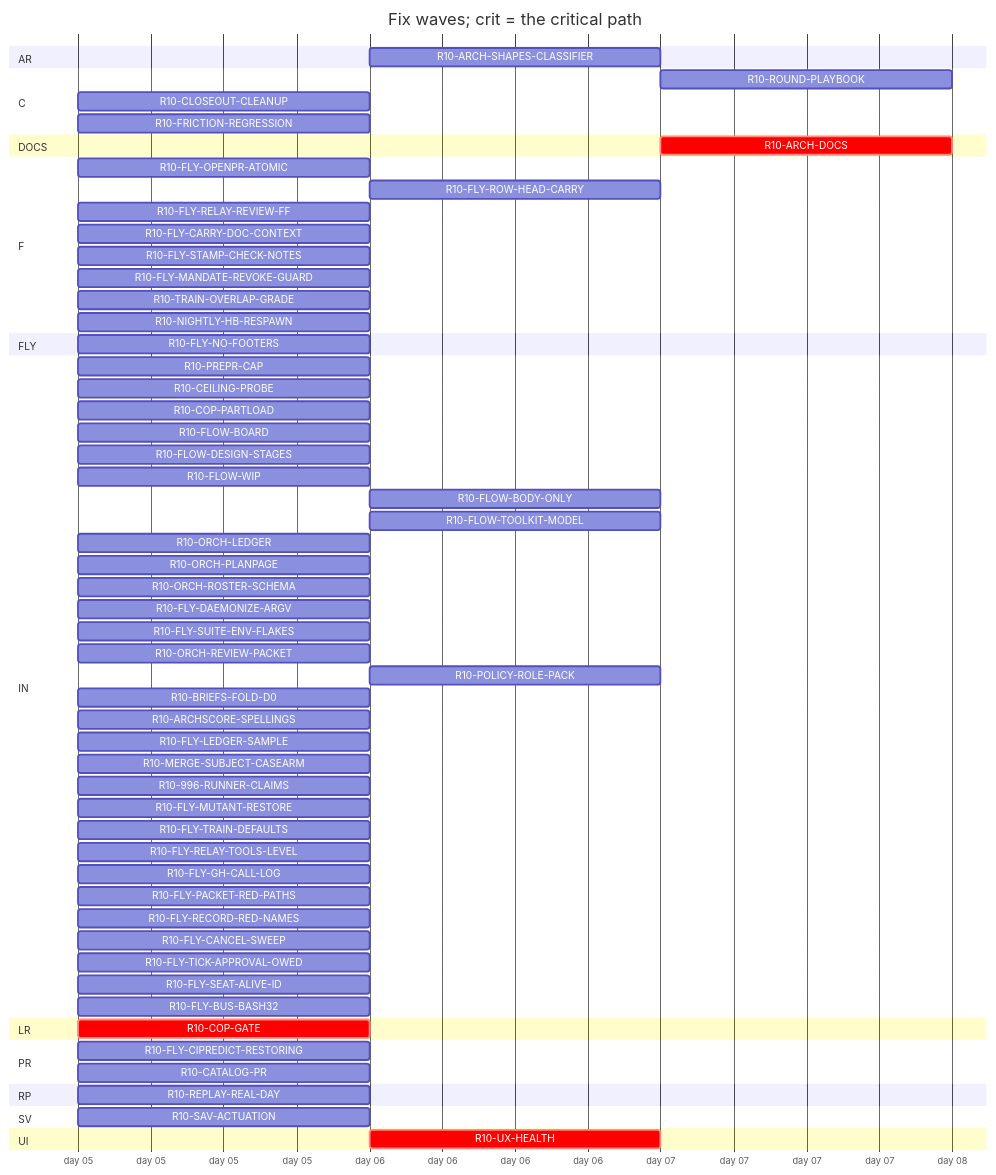
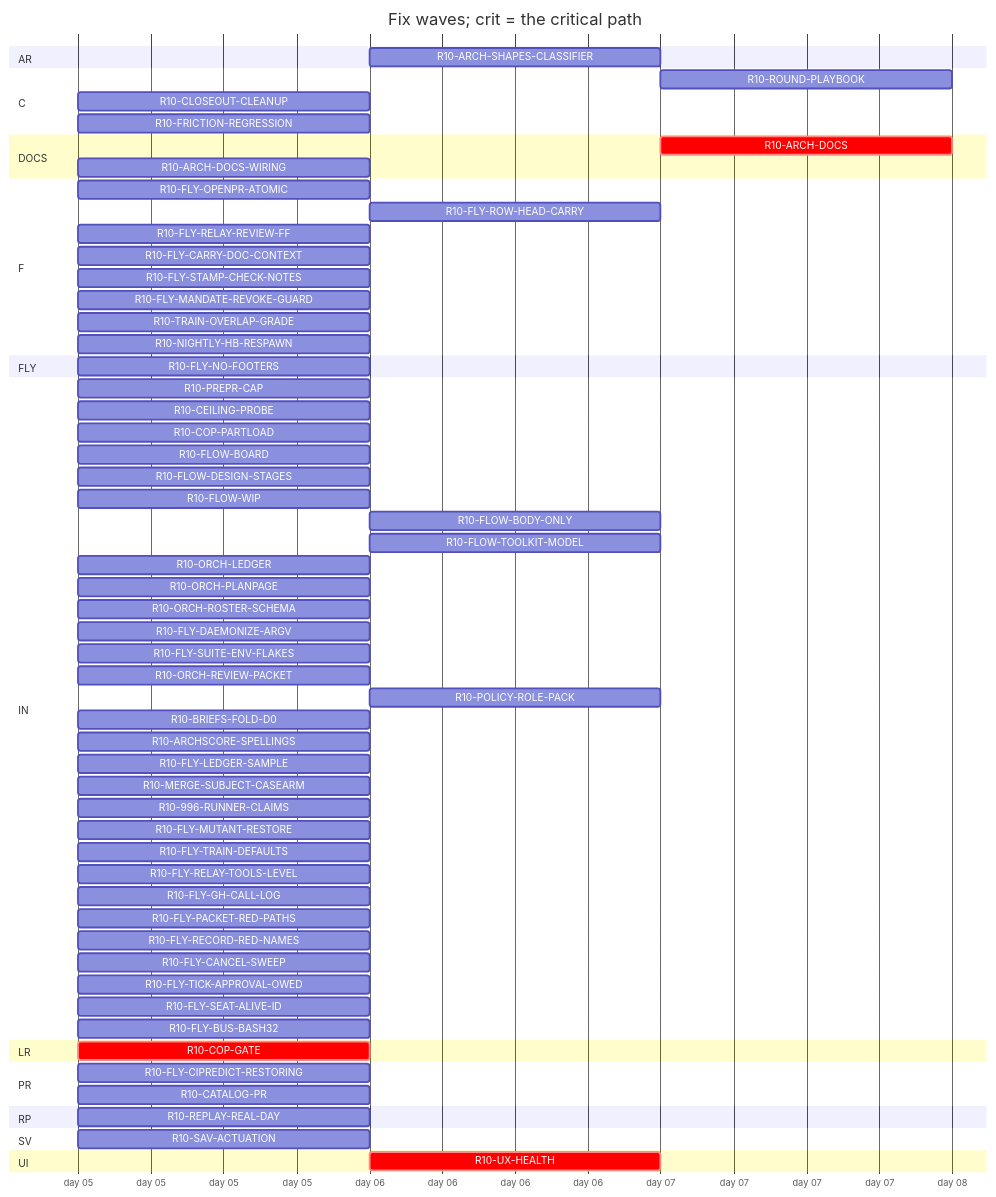
The diagram in handoff/round10/state/PLAN-TABLE.md (tvofi/heatpump_optimizer), drawn with Mermaid before and after one commit. The commit also changed other lines of this file and 3 other files, not shown here.

Commit message:
state: FLOW-BOARD.md, NEXT-SESSION-PROMPT.md, PLAN-TABLE.md, RESUME-CURRENT.md regenerated (state_docs.py)

````diff
--- a/handoff/round10/state/PLAN-TABLE.md
+++ b/handoff/round10/state/PLAN-TABLE.md
@@ -24,67 +24,68 @@
 ```mermaid
 gantt
   title Fix waves; crit = the critical path
   dateFormat YYYY-MM-DD
   axisFormat day %d
   section AR
     R10-ARCH-SHAPES-CLASSIFIER :r10ARCHSHAPESCLASSIFIER, after r10996RUNNERCLAIMS, 1d
   section C
     R10-ROUND-PLAYBOOK :r10ROUNDPLAYBOOK, after r10ORCHLEDGER r10ORCHPLANPAGE r10FLYRELAYREVIEWFF r10FLOWBODYONLY, 1d
     R10-CLOSEOUT-CLEANUP :r10CLOSEOUTCLEANUP, 2026-01-05, 1d
     R10-FRICTION-REGRESSION :r10FRICTIONREGRESSION, 2026-01-05, 1d
   section DOCS
     R10-ARCH-DOCS :crit, r10ARCHDOCS, after r10COPGATE r10UXHEALTH r10CEILINGPROBE r10COPPARTLOAD r10FLOWBOARD r10FLOWDESIGNSTAGES r10FLOWWIP r10FLOWBODYONLY r10FLYOPENPRATOMIC r10FLYROWHEADCARRY r10FLYRELAYREVIEWFF r10FLYCARRYDOCCONTEXT r10FLOWTOOLKITMODEL r10FLYSTAMPCHECKNOTES r10FLYMANDATEREVOKEGUARD r10TRAINOVERLAPGRADE r10NIGHTLYHBRESPAWN r10ORCHLEDGER r10ORCHPLANPAGE r10ORCHROSTERSCHEMA r10FLYDAEMONIZEARGV r10ORCHREVIEWPACKET r10POLICYROLEPACK r10BRIEFSFOLDD0 r10REPLAYREALDAY r10ARCHSCORESPELLINGS r10SAVACTUATION r10FLYLEDGERSAMPLE, 1d
+    R10-ARCH-DOCS-WIRING :r10ARCHDOCSWIRING, 2026-01-05, 1d
   section F
     R10-FLY-OPENPR-ATOMIC :r10FLYOPENPRATOMIC, 2026-01-05, 1d
     R10-FLY-ROW-HEAD-CARRY :r10FLYROWHEADCARRY, after r10FLYOPENPRATOMIC, 1d
     R10-FLY-RELAY-REVIEW-FF :r10FLYRELAYREVIEWFF, 2026-01-05, 1d
     R10-FLY-CARRY-DOC-CONTEXT :r10FLYCARRYDOCCONTEXT, 2026-01-05, 1d
     R10-FLY-STAMP-CHECK-NOTES :r10FLYSTAMPCHECKNOTES, 2026-01-05, 1d
     R10-FLY-MANDATE-REVOKE-GUARD :r10FLYMANDATEREVOKEGUARD, 2026-01-05, 1d
     R10-TRAIN-OVERLAP-GRADE :r10TRAINOVERLAPGRADE, 2026-01-05, 1d
     R10-NIGHTLY-HB-RESPAWN :r10NIGHTLYHBRESPAWN, 2026-01-05, 1d
   section FLY
     R10-FLY-NO-FOOTERS :r10FLYNOFOOTERS, 2026-01-05, 1d
   section IN
     R10-PREPR-CAP :r10PREPRCAP, 2026-01-05, 1d
     R10-CEILING-PROBE :r10CEILINGPROBE, 2026-01-05, 1d
     R10-COP-PARTLOAD :r10COPPARTLOAD, 2026-01-05, 1d
     R10-FLOW-BOARD :r10FLOWBOARD, 2026-01-05, 1d
     R10-FLOW-DESIGN-STAGES :r10FLOWDESIGNSTAGES, 2026-01-05, 1d
     R10-FLOW-WIP :r10FLOWWIP, 2026-01-05, 1d
     R10-FLOW-BODY-ONLY :r10FLOWBODYONLY, after r10FLYOPENPRATOMIC, 1d
     R10-FLOW-TOOLKIT-MODEL :r10FLOWTOOLKITMODEL, after r10ORCHPLANPAGE, 1d
     R10-ORCH-LEDGER :r10ORCHLEDGER, 2026-01-05, 1d
     R10-ORCH-PLANPAGE :r10ORCHPLANPAGE, 2026-01-05, 1d
     R10-ORCH-ROSTER-SCHEMA :r10ORCHROSTERSCHEMA, 2026-01-05, 1d
     R10-FLY-DAEMONIZE-ARGV :r10FLYDAEMONIZEARGV, 2026-01-05, 1d
     R10-FLY-SUITE-ENV-FLAKES :r10FLYSUITEENVFLAKES, 2026-01-05, 1d
     R10-ORCH-REVIEW-PACKET :r10ORCHREVIEWPACKET, 2026-01-05, 1d
     R10-POLICY-ROLE-PACK :r10POLICYROLEPACK, after r10FLOWDESIGNSTAGES, 1d
     R10-BRIEFS-FOLD-D0 :r10BRIEFSFOLDD0, 2026-01-05, 1d
     R10-ARCHSCORE-SPELLINGS :r10ARCHSCORESPELLINGS, 2026-01-05, 1d
     R10-FLY-LEDGER-SAMPLE :r10FLYLEDGERSAMPLE, 2026-01-05, 1d
     R10-MERGE-SUBJECT-CASEARM :r10MERGESUBJECTCASEARM, 2026-01-05, 1d
     R10-996-RUNNER-CLAIMS :r10996RUNNERCLAIMS, 2026-01-05, 1d
     R10-FLY-MUTANT-RESTORE :r10FLYMUTANTRESTORE, 2026-01-05, 1d
     R10-FLY-TRAIN-DEFAULTS :r10FLYTRAINDEFAULTS, 2026-01-05, 1d
     R10-FLY-RELAY-TOOLS-LEVEL :r10FLYRELAYTOOLSLEVEL, 2026-01-05, 1d
     R10-FLY-GH-CALL-LOG :r10FLYGHCALLLOG, 2026-01-05, 1d
     R10-FLY-PACKET-RED-PATHS :r10FLYPACKETREDPATHS, 2026-01-05, 1d
     R10-FLY-RECORD-RED-NAMES :r10FLYRECORDREDNAMES, 2026-01-05, 1d
     R10-FLY-CANCEL-SWEEP :r10FLYCANCELSWEEP, 2026-01-05, 1d
     R10-FLY-TICK-APPROVAL-OWED :r10FLYTICKAPPROVALOWED, 2026-01-05, 1d
     R10-FLY-SEAT-ALIVE-ID :r10FLYSEATALIVEID, 2026-01-05, 1d
     R10-FLY-BUS-BASH32 :r10FLYBUSBASH32, 2026-01-05, 1d
   section LR
     R10-COP-GATE :crit, r10COPGATE, 2026-01-05, 1d
   section PR
     R10-FLY-CIPREDICT-RESTORING :r10FLYCIPREDICTRESTORING, 2026-01-05, 1d
     R10-CATALOG-PR :r10CATALOGPR, 2026-01-05, 1d
   section RP
     R10-REPLAY-REAL-DAY :r10REPLAYREALDAY, 2026-01-05, 1d
   section SV
     R10-SAV-ACTUATION :r10SAVACTUATION, 2026-01-05, 1d
   section UI
     R10-UX-HEALTH :crit, r10UXHEALTH, after r10COPGATE, 1d
 ```
````
